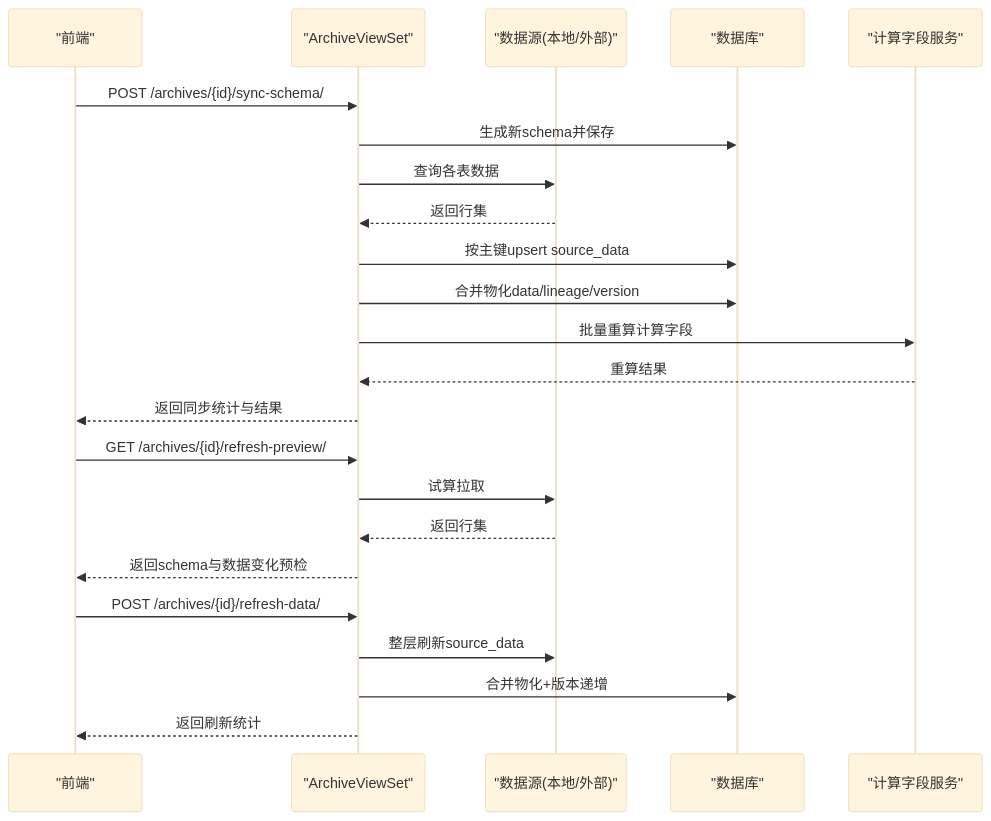
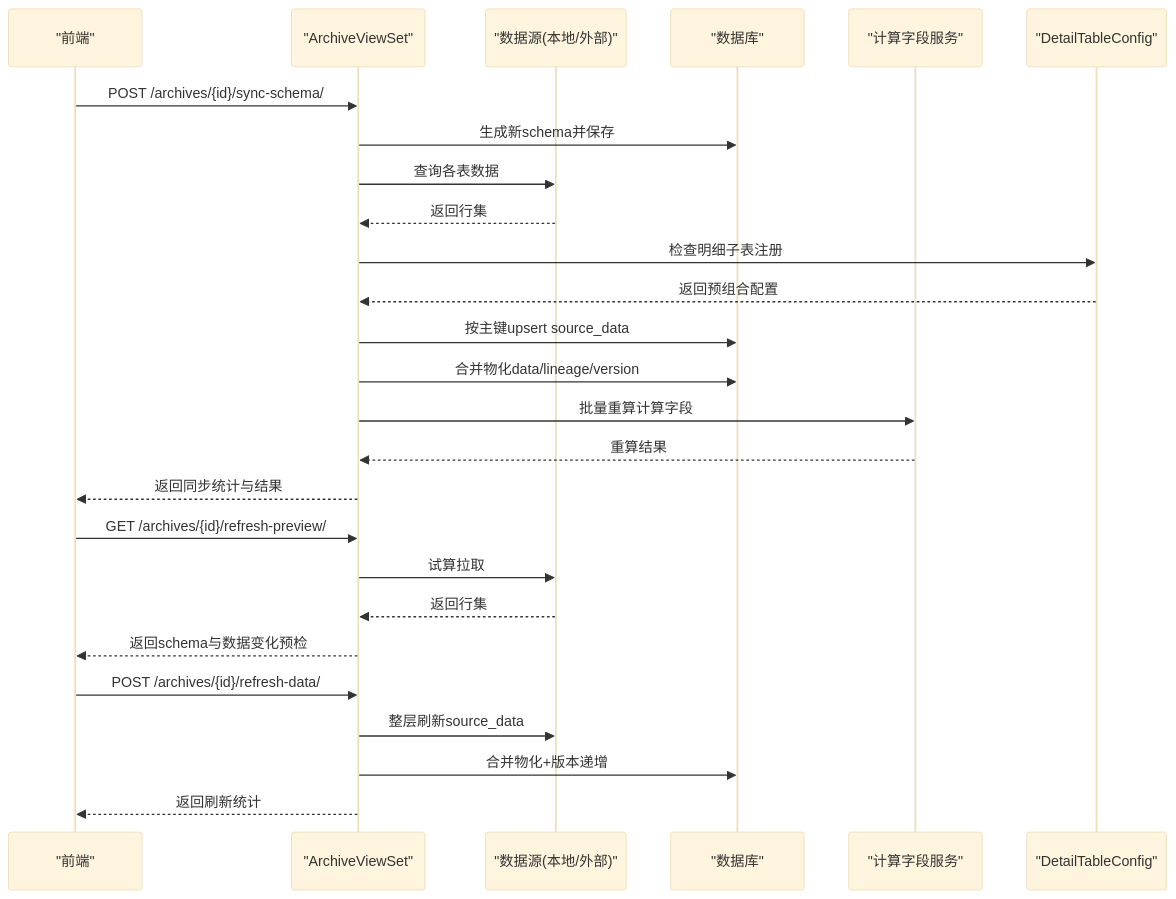
The second of 6 diagrams in .qoder/repowiki/zh/content/档案管理模块/API同步管理.md (zyp-coder/Metadata), drawn with Mermaid (base theme) before and after one commit. The commit also changed other lines of this file and 42 other files, not shown here.

````diff
--- a/.qoder/repowiki/zh/content/档案管理模块/API同步管理.md
+++ b/.qoder/repowiki/zh/content/档案管理模块/API同步管理.md
@@ -87,25 +107,28 @@
 ```mermaid
 sequenceDiagram
 participant FE as "前端"
 participant API as "ArchiveViewSet"
 participant DS as "数据源(本地/外部)"
 participant DB as "数据库"
 participant CS as "计算字段服务"
+participant DTC as "DetailTableConfig"
 FE->>API : POST /archives/{id}/sync-schema/
 API->>DB : 生成新schema并保存
 API->>DS : 查询各表数据
 DS-->>API : 返回行集
+API->>DTC : 检查明细子表注册
+DTC-->>API : 返回预组合配置
 API->>DB : 按主键upsert source_data
 API->>DB : 合并物化data/lineage/version
 API->>CS : 批量重算计算字段
 CS-->>API : 重算结果
 API-->>FE : 返回同步统计与结果
 FE->>API : GET /archives/{id}/refresh-preview/
 API->>DS : 试算拉取
 DS-->>API : 返回行集
 API-->>FE : 返回schema与数据变化预检
 FE->>API : POST /archives/{id}/refresh-data/
 API->>DS : 整层刷新source_data
 API->>DB : 合并物化+版本递增
 API-->>FE : 返回刷新统计
 ```
````
